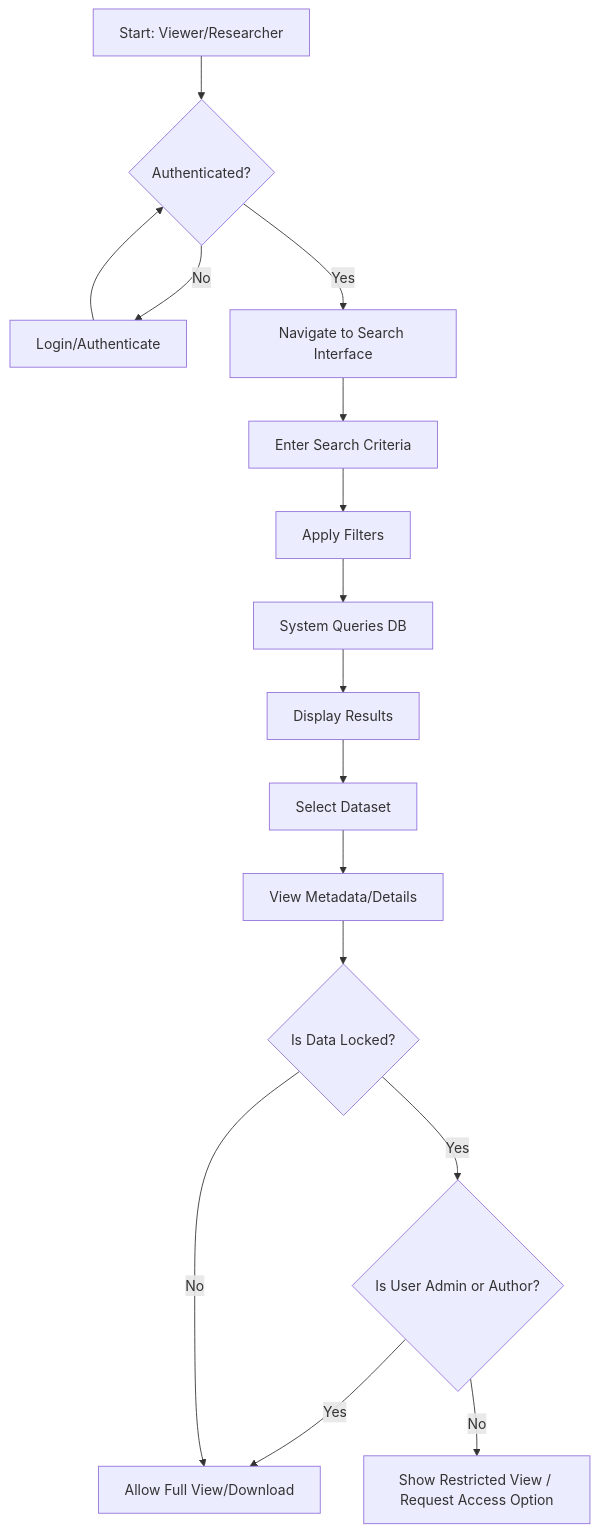
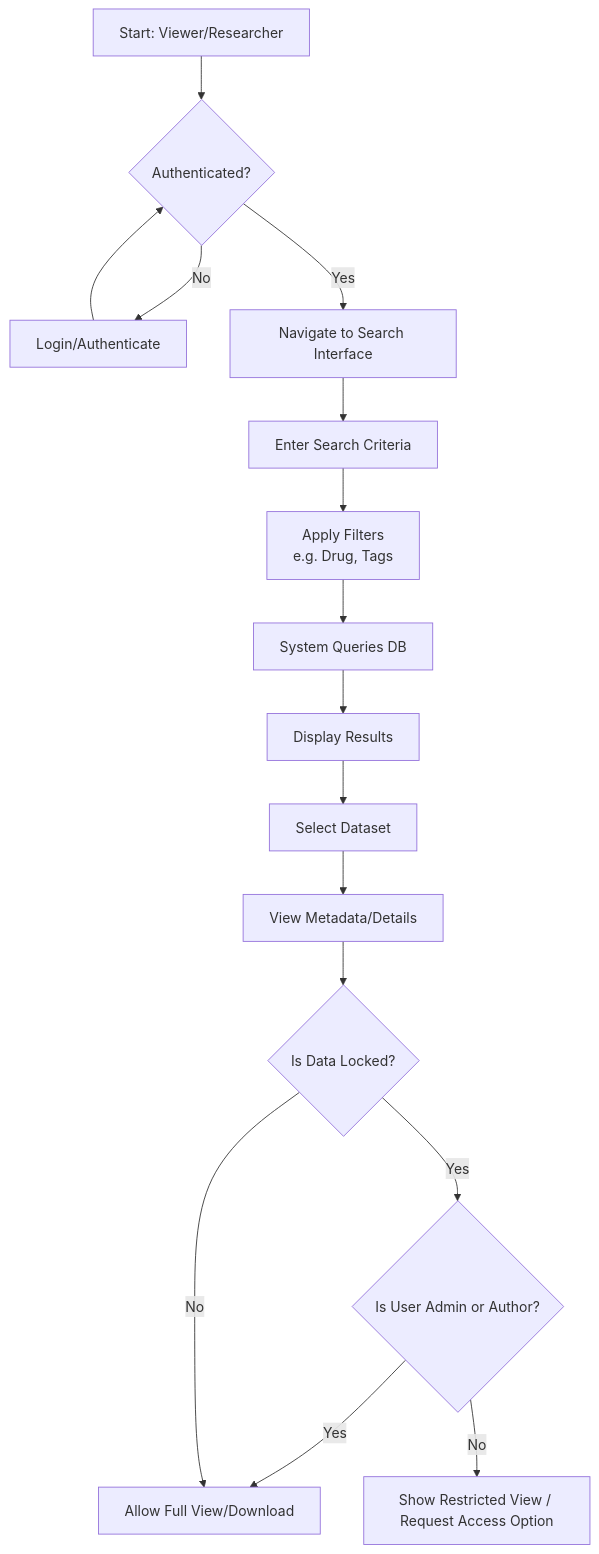
The second of 5 diagrams in report/system_specification.md (adhvaitaganesh/pharmadbank), drawn with Mermaid before and after one commit. The commit also changed other lines of this file, not shown here.

````diff
--- a/report/system_specification.md
+++ b/report/system_specification.md
@@ -36,18 +42,18 @@
 ```mermaid
 flowchart TD
     A[Start: Viewer/Researcher] --> B{Authenticated?}
     B -- No --> C[Login/Authenticate]
     C --> B
     B -- Yes --> D[Navigate to Search Interface]
     D --> E[Enter Search Criteria]
-    E --> F[Apply Filters]
+    E --> F[Apply Filters \n e.g. Drug, Tags]
     F --> G[System Queries DB]
     G --> H[Display Results]
     H --> I[Select Dataset]
     I --> J[View Metadata/Details]
     J --> K{Is Data Locked?}
     K -- Yes --> L{Is User Admin or Author?}
     L -- Yes --> M[Allow Full View/Download]
     L -- No --> N[Show Restricted View / Request Access Option]
     K -- No --> M
 ```
````
